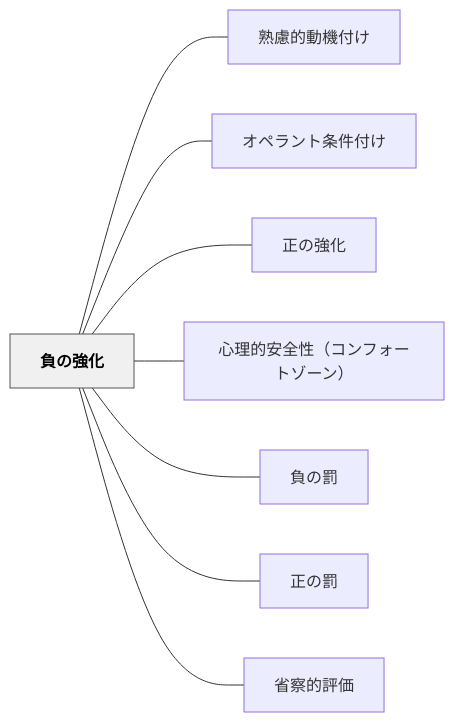
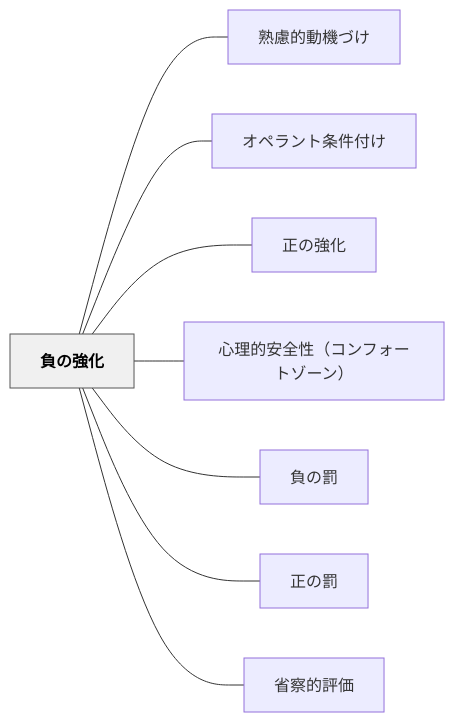
Before and after one commit to unknownthings-ed-patterns/unknownthings-ed-patterns: the diagram in content/パタン/負の強化.md, drawn with Mermaid. The commit also changed other lines of this file and 234 other files, not shown here.

````diff
--- a/content/パタン/負の強化.md
+++ b/content/パタン/負の強化.md
@@ -37,22 +37,22 @@
 ```mermaid
 flowchart LR
     ne8b2a0e381aee5bcb7e58c96["負の強化"]
-    ne7869fe685aee79a84e58b95e6a99fe4bb98e38191["熟慮的動機付け"]
+    ne7869fe685aee79a84e58b95e6a99fe381a5e38191["熟慮的動機づけ"]
     ne382aae3839ae383a9e383b3e38388e69da1e4bbb6e4bb98e38191["オペラント条件付け"]
     ne6ada3e381aee5bcb7e58c96["正の強化"]
     ne5bf83e79086e79a84e5ae89e585a8e680a7efbc88e382b3e383b3e38395e382a9e383bce38388e382bee383bce383b3efbc89["心理的安全性（コンフォートゾーン）"]
     ne8b2a0e381aee7bdb0["負の罰"]
     ne6ada3e381aee7bdb0["正の罰"]
     ne79c81e5af9fe79a84e8a995e4bea1["省察的評価"]
 
-    ne8b2a0e381aee5bcb7e58c96 --- ne7869fe685aee79a84e58b95e6a99fe4bb98e38191
+    ne8b2a0e381aee5bcb7e58c96 --- ne7869fe685aee79a84e58b95e6a99fe381a5e38191
     ne8b2a0e381aee5bcb7e58c96 --- ne382aae3839ae383a9e383b3e38388e69da1e4bbb6e4bb98e38191
     ne8b2a0e381aee5bcb7e58c96 --- ne6ada3e381aee5bcb7e58c96
     ne8b2a0e381aee5bcb7e58c96 --- ne5bf83e79086e79a84e5ae89e585a8e680a7efbc88e382b3e383b3e38395e382a9e383bce38388e382bee383bce383b3efbc89
     ne8b2a0e381aee5bcb7e58c96 --- ne8b2a0e381aee7bdb0
     ne8b2a0e381aee5bcb7e58c96 --- ne6ada3e381aee7bdb0
     ne8b2a0e381aee5bcb7e58c96 --- ne79c81e5af9fe79a84e8a995e4bea1
 
     classDef hub fill:#f0f0f0,stroke:#555,color:#000,font-weight:bold
     class ne8b2a0e381aee5bcb7e58c96 hub
 ```
````
